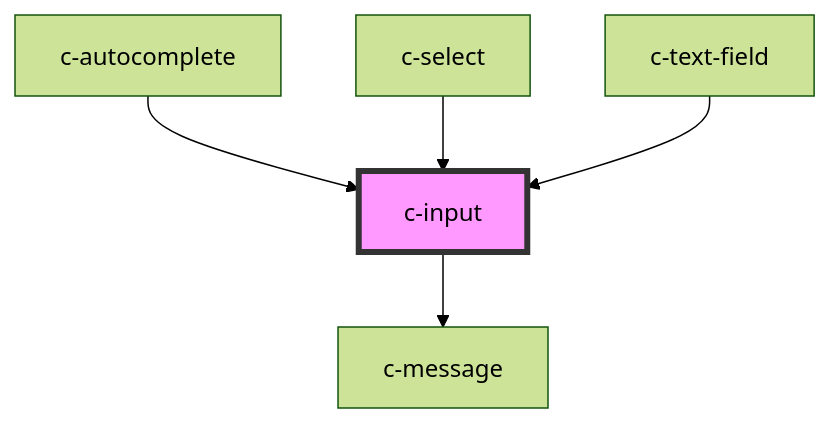
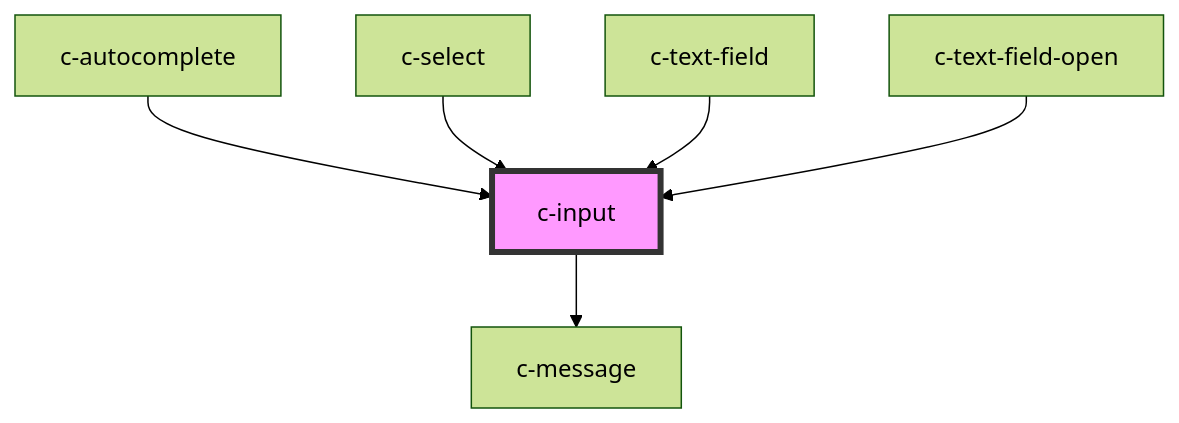
The diagram in packages/csc-ui/src/components/c-input/readme.md (CSCfi/ui), drawn with Mermaid (forest theme) before and after one commit. The commit also changed other lines of this file and 9 other files, not shown here.

First line of the commit message:
Adds `c-text-field-open` component

````diff
--- a/packages/csc-ui/src/components/c-input/readme.md
+++ b/packages/csc-ui/src/components/c-input/readme.md
@@ -76,8 +77,9 @@
 ```mermaid
 graph TD;
   c-input --> c-message
   c-autocomplete --> c-input
   c-select --> c-input
   c-text-field --> c-input
+  c-text-field-open --> c-input
   style c-input fill:#f9f,stroke:#333,stroke-width:4px
 ```
````
